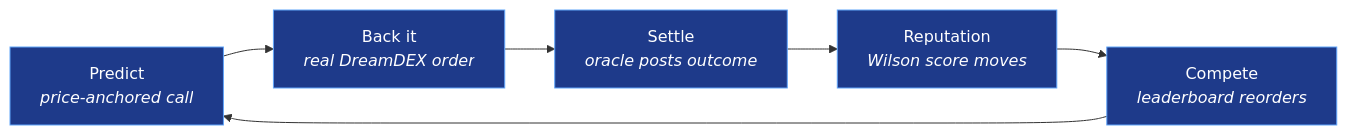
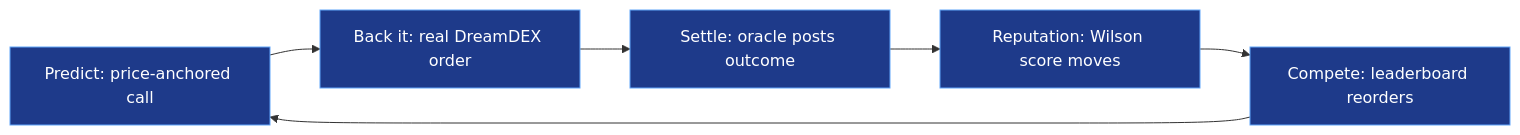
Before and after one commit to midexol/Oracle: the first of 2 diagrams in README.md, drawn with Mermaid. The commit also changed other lines of this file and 4 other files, not shown here.

Commit message:
Fix Mermaid diagrams rendering across documentation and add dev:frontend script

````diff
--- a/README.md
+++ b/README.md
@@ -31,11 +31,11 @@
 ```mermaid
-graph LR
-    P["Predict<br/><i>price-anchored call</i>"] --> B["Back it<br/><i>real DreamDEX order</i>"]
-    B --> S["Settle<br/><i>oracle posts outcome</i>"]
-    S --> R["Reputation<br/><i>Wilson score moves</i>"]
-    R --> C["Compete<br/><i>leaderboard reorders</i>"]
+flowchart LR
+    P["Predict: price-anchored call"] --> B["Back it: real DreamDEX order"]
+    B --> S["Settle: oracle posts outcome"]
+    S --> R["Reputation: Wilson score moves"]
+    R --> C["Compete: leaderboard reorders"]
     C --> P
 
     classDef n fill:#1e3a8a,stroke:#60a5fa,color:#ffffff
     class P,B,S,R,C n
 ```
````
